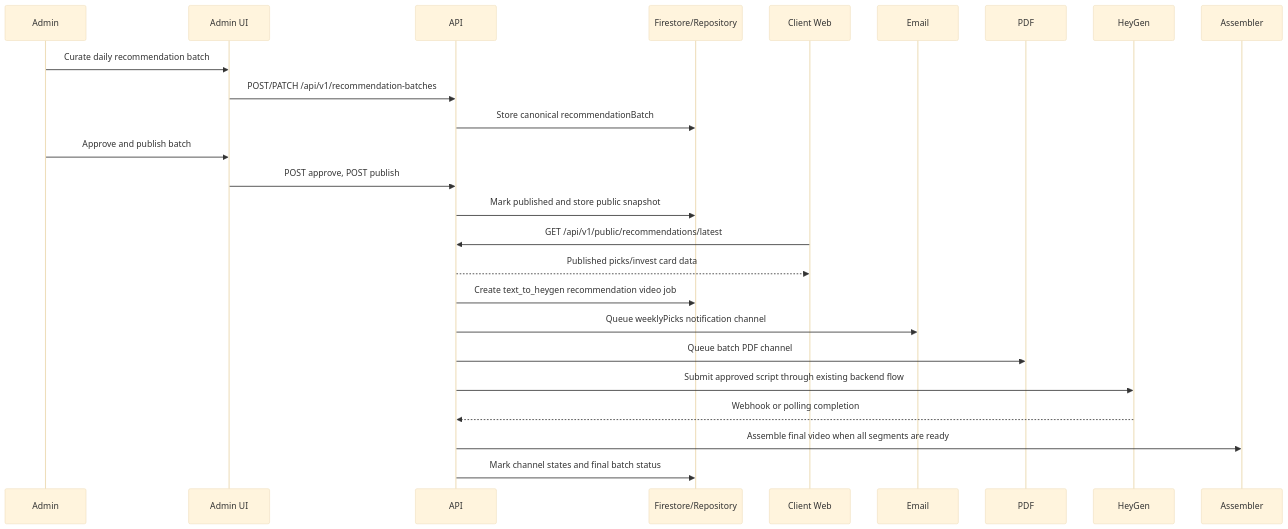
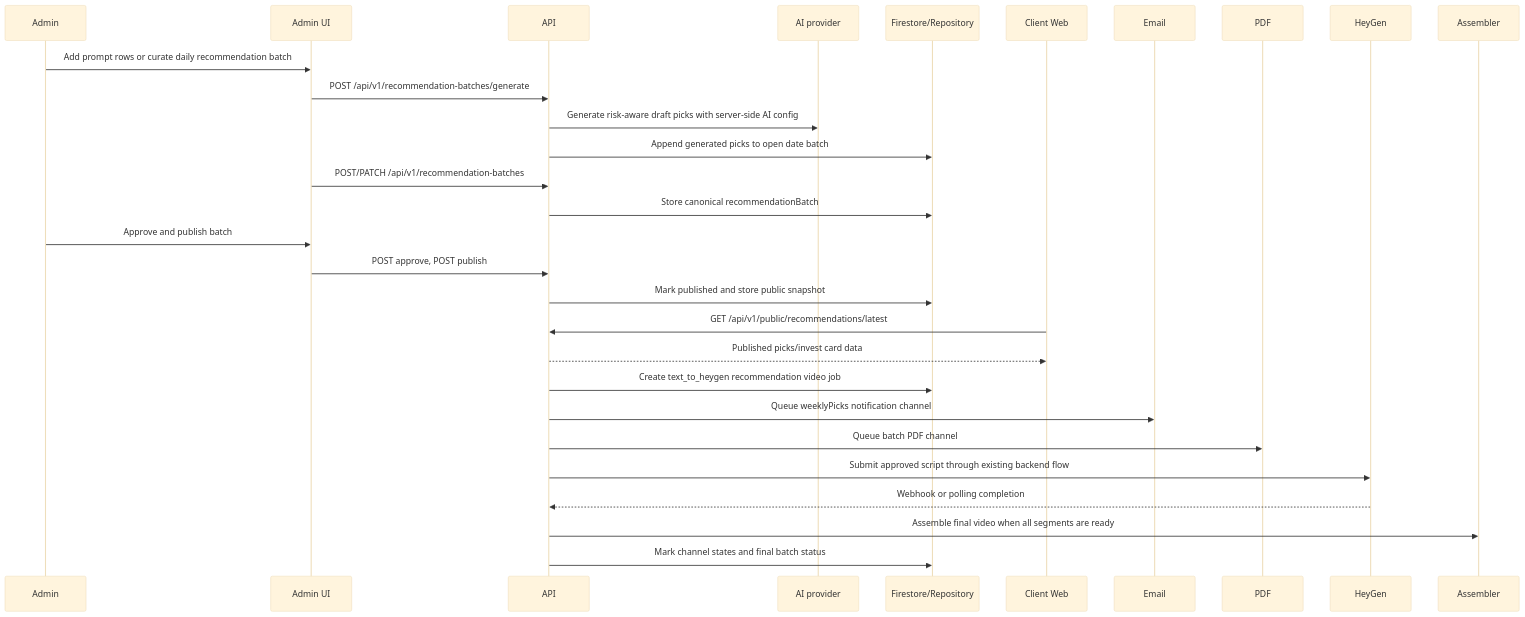
The fourth of 12 diagrams in docs/architecture-flows.md (newleafsystem/admin-web), drawn with Mermaid (base theme) before and after one commit. The commit also changed 14 other files, not shown here.

````diff
--- a/docs/architecture-flows.md
+++ b/docs/architecture-flows.md
@@ -102,28 +102,32 @@
 ```mermaid
 sequenceDiagram
   participant Admin
   participant UI as Admin UI
   participant API
+  participant LLM as AI provider
   participant Repo as Firestore/Repository
   participant Client as Client Web
   participant Email
   participant PDF
   participant HeyGen
   participant Assembler
 
-  Admin->>UI: Curate daily recommendation batch
+  Admin->>UI: Add prompt rows or curate daily recommendation batch
+  UI->>API: POST /api/v1/recommendation-batches/generate
+  API->>LLM: Generate risk-aware draft picks with server-side AI config
+  API->>Repo: Append generated picks to open date batch
   UI->>API: POST/PATCH /api/v1/recommendation-batches
   API->>Repo: Store canonical recommendationBatch
   Admin->>UI: Approve and publish batch
   UI->>API: POST approve, POST publish
   API->>Repo: Mark published and store public snapshot
   Client->>API: GET /api/v1/public/recommendations/latest
   API-->>Client: Published picks/invest card data
   API->>Repo: Create text_to_heygen recommendation video job
   API->>Email: Queue weeklyPicks notification channel
   API->>PDF: Queue batch PDF channel
   API->>HeyGen: Submit approved script through existing backend flow
   HeyGen-->>API: Webhook or polling completion
   API->>Assembler: Assemble final video when all segments are ready
   API->>Repo: Mark channel states and final batch status
 ```
````
